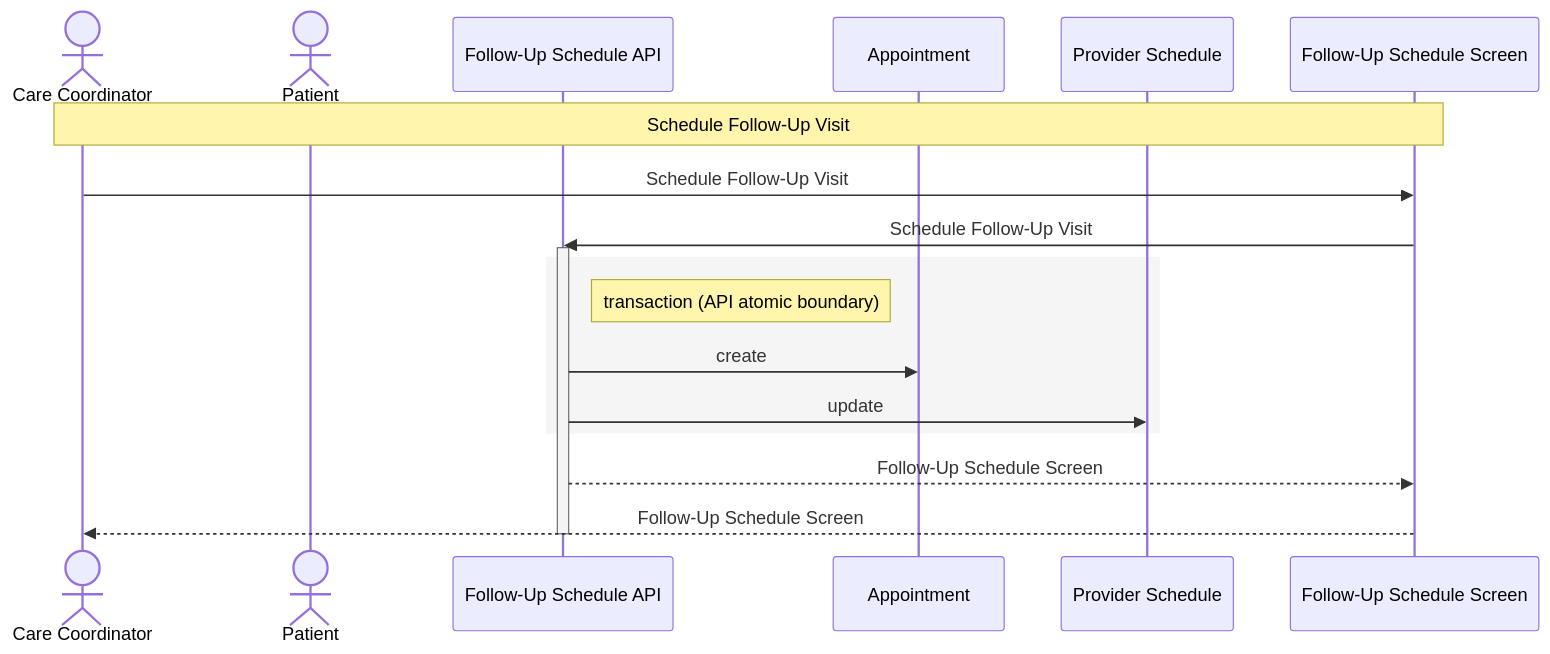
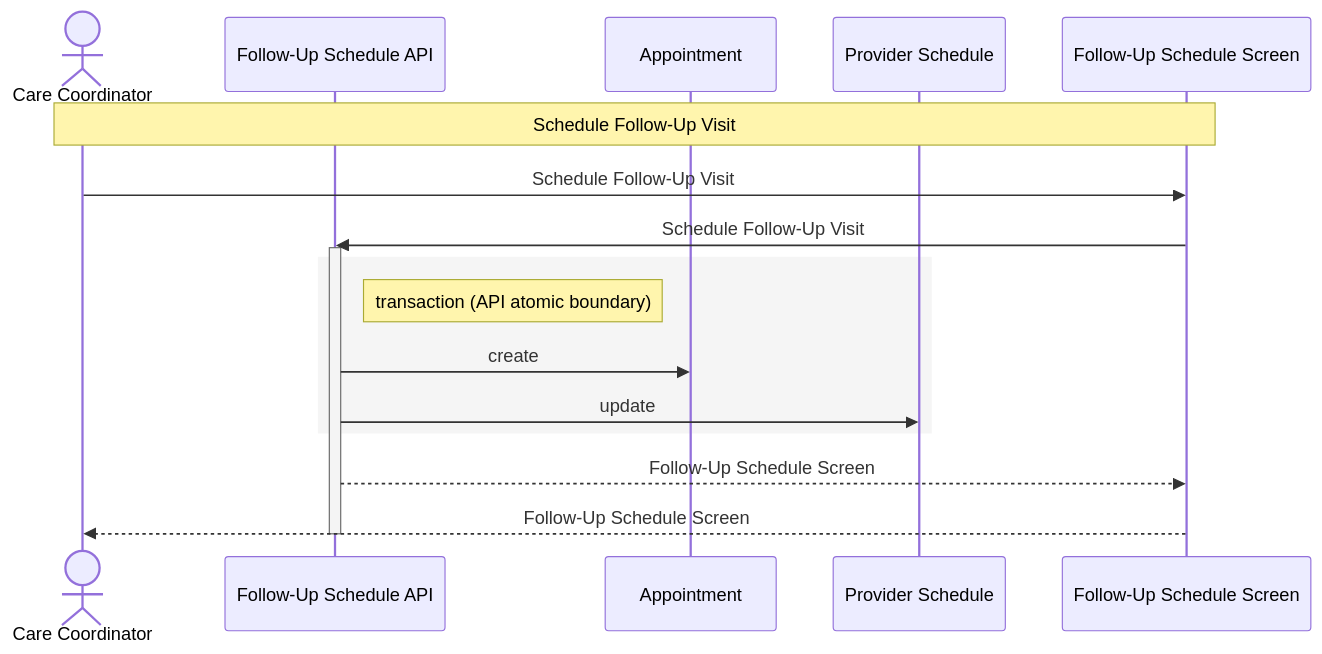
Before and after one commit to manji-0/rdra-ish-dsl: the diagram in samples/clinic-ops/out/uc/sequence_schedule_follow_up_visit.mmd, drawn with Mermaid. The commit also changed 68 other files, not shown here.

Commit message:
fix: scope sequence actors to use cases

```diff
--- a/samples/clinic-ops/out/uc/sequence_schedule_follow_up_visit.mmd
+++ b/samples/clinic-ops/out/uc/sequence_schedule_follow_up_visit.mmd
@@ -1,20 +1,19 @@
 sequenceDiagram
   actor CareCoordinator as Care Coordinator
-  actor Patient as Patient
   participant FollowUpScheduleApi as Follow-Up Schedule API
   participant Appointment as Appointment
   participant ProviderSchedule as Provider Schedule
   participant FollowUpScheduleScreen as Follow-Up Schedule Screen
 
   Note over CareCoordinator,FollowUpScheduleScreen: Schedule Follow-Up Visit
   CareCoordinator->>FollowUpScheduleScreen: Schedule Follow-Up Visit
   FollowUpScheduleScreen->>FollowUpScheduleApi: Schedule Follow-Up Visit
   activate FollowUpScheduleApi
   rect rgb(245,245,245)
     Note right of FollowUpScheduleApi: transaction (API atomic boundary)
     FollowUpScheduleApi->>Appointment: create
     FollowUpScheduleApi->>ProviderSchedule: update
   end
   FollowUpScheduleApi-->>FollowUpScheduleScreen: Follow-Up Schedule Screen
   FollowUpScheduleScreen-->>CareCoordinator: Follow-Up Schedule Screen
   deactivate FollowUpScheduleApi
```
